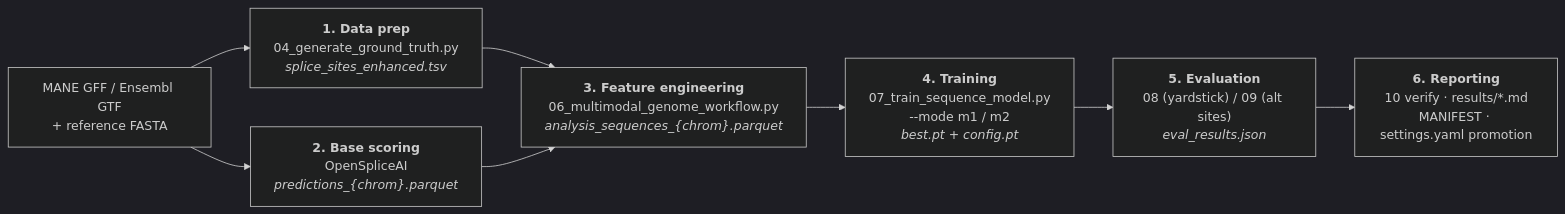
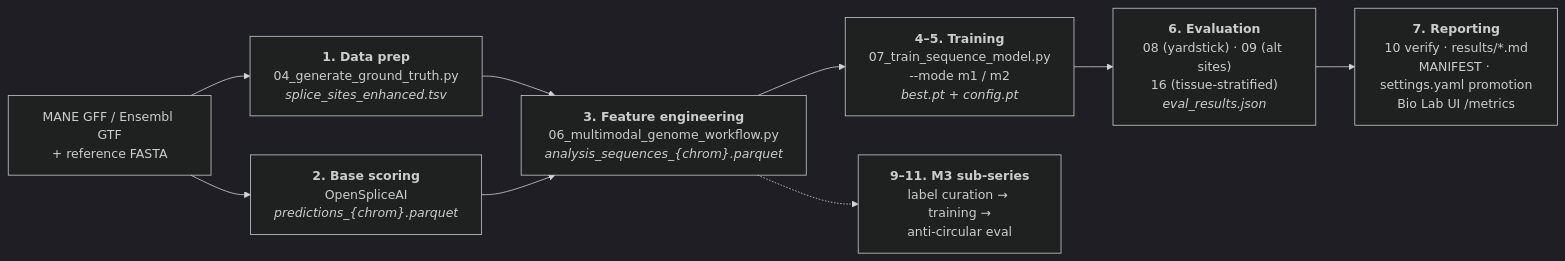
One commit to pleiadian53/agentic-spliceai changed the diagram in docs/workflows/meta_layer/README.md. Above: the diagram before and after it, drawn with Mermaid (dark theme). The commit also changed other lines of this file, not shown here.

First line of the commit message:
docs(workflow): bring the series index up to date (M3, stage numbering, results)

````diff
--- a/docs/workflows/meta_layer/README.md
+++ b/docs/workflows/meta_layer/README.md
@@ -26,10 +34,11 @@
 ```mermaid
 flowchart LR
   A["MANE GFF / Ensembl GTF<br/>+ reference FASTA"] --> B["<b>1. Data prep</b><br/>04_generate_ground_truth.py<br/><i>splice_sites_enhanced.tsv</i>"]
   A --> C["<b>2. Base scoring</b><br/>OpenSpliceAI<br/><i>predictions_{chrom}.parquet</i>"]
   B --> D
   C --> D["<b>3. Feature engineering</b><br/>06_multimodal_genome_workflow.py<br/><i>analysis_sequences_{chrom}.parquet</i>"]
-  D --> E["<b>4. Training</b><br/>07_train_sequence_model.py<br/>--mode m1 / m2<br/><i>best.pt + config.pt</i>"]
-  E --> F["<b>5. Evaluation</b><br/>08 (yardstick) / 09 (alt sites)<br/><i>eval_results.json</i>"]
-  F --> G["<b>6. Reporting</b><br/>10 verify · results/*.md<br/>MANIFEST · settings.yaml promotion"]
+  D --> E["<b>4–5. Training</b><br/>07_train_sequence_model.py<br/>--mode m1 / m2<br/><i>best.pt + config.pt</i>"]
+  E --> F["<b>6. Evaluation</b><br/>08 (yardstick) · 09 (alt sites)<br/>16 (tissue-stratified)<br/><i>eval_results.json</i>"]
+  F --> G["<b>7. Reporting</b><br/>10 verify · results/*.md<br/>MANIFEST · settings.yaml promotion<br/>Bio Lab UI /metrics"]
+  D -.-> H["<b>9–11. M3 sub-series</b><br/>label curation → training →<br/>anti-circular eval"]
 ```
````
